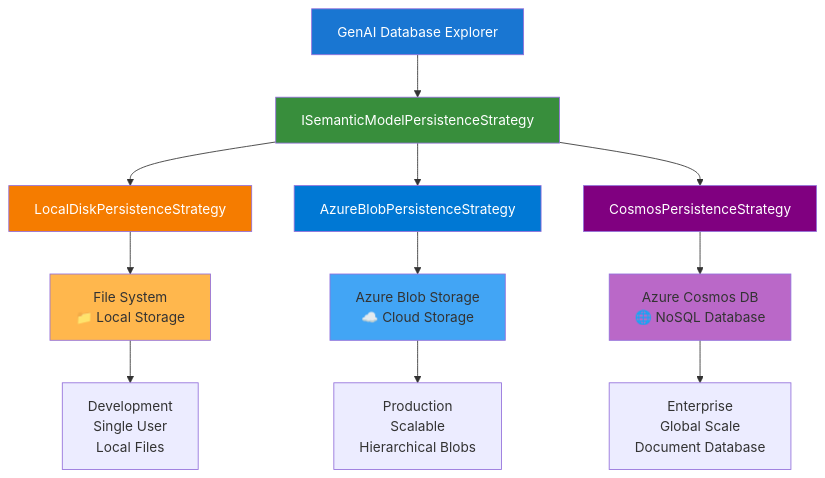
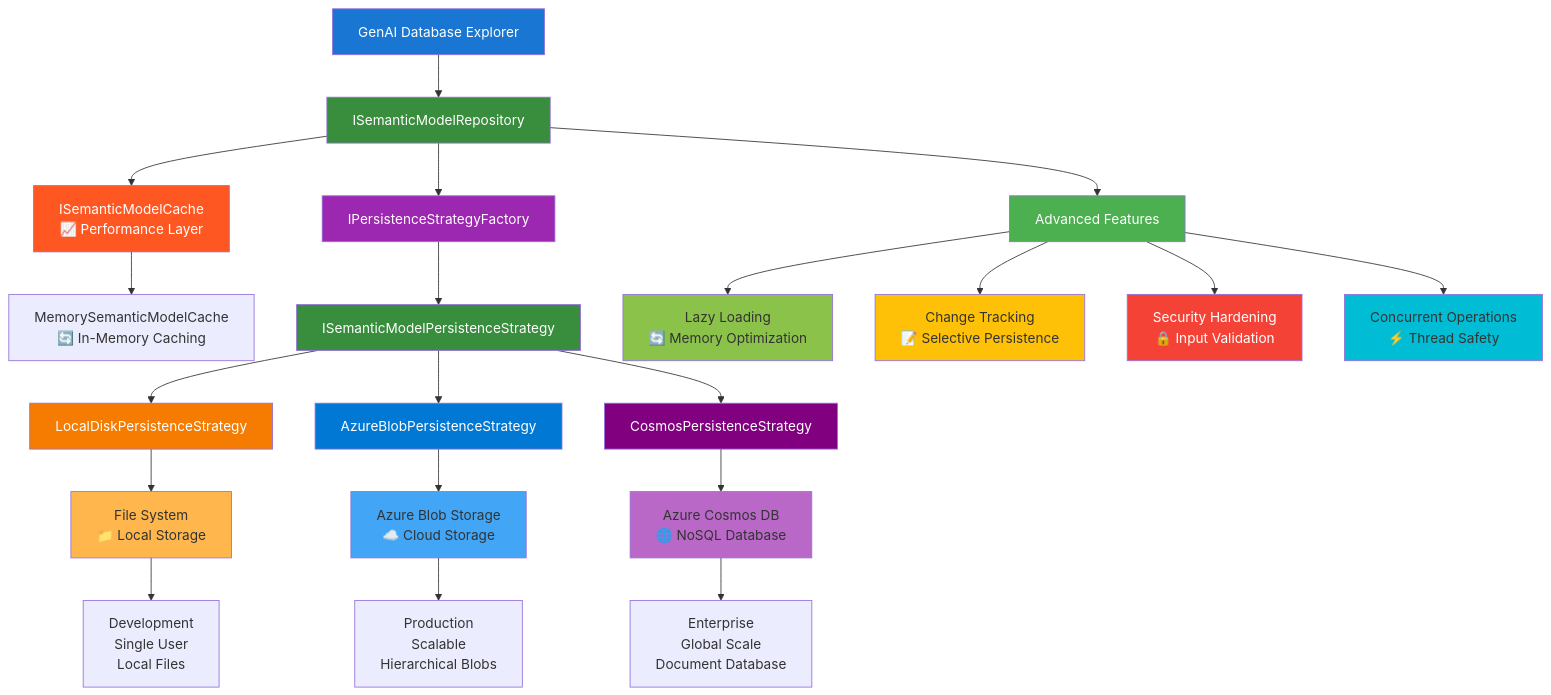
The first of 5 diagrams in docs/SEMANTIC_MODEL_STORAGE.md (PlagueHO/genai-database-explorer), drawn with Mermaid before and after one commit. The commit also changed other lines of this file, not shown here.

First line of the commit message:
CHANGE: Enhance semantic model storage documentation

````diff
--- a/docs/SEMANTIC_MODEL_STORAGE.md
+++ b/docs/SEMANTIC_MODEL_STORAGE.md
@@ -11,24 +11,44 @@
 ```mermaid
 graph TB
-    A[GenAI Database Explorer] --> B[ISemanticModelPersistenceStrategy]
-    B --> C[LocalDiskPersistenceStrategy]
-    B --> D[AzureBlobPersistenceStrategy]
-    B --> E[CosmosPersistenceStrategy]
+    A[GenAI Database Explorer] --> B[ISemanticModelRepository]
+    B --> C[ISemanticModelCache<br/>📈 Performance Layer]
+    B --> D[IPersistenceStrategyFactory]
     
-    C --> F[File System<br/>📁 Local Storage]
-    D --> G[Azure Blob Storage<br/>☁️ Cloud Storage]
-    E --> H[Azure Cosmos DB<br/>🌐 NoSQL Database]
+    C --> E[MemorySemanticModelCache<br/>🔄 In-Memory Caching]
     
-    F --> I[Development<br/>Single User<br/>Local Files]
-    G --> J[Production<br/>Scalable<br/>Hierarchical Blobs]
-    H --> K[Enterprise<br/>Global Scale<br/>Document Database]
+    D --> F[ISemanticModelPersistenceStrategy]
+    F --> G[LocalDiskPersistenceStrategy]
+    F --> H[AzureBlobPersistenceStrategy]
+    F --> I[CosmosPersistenceStrategy]
+    
+    G --> J[File System<br/>📁 Local Storage]
+    H --> K[Azure Blob Storage<br/>☁️ Cloud Storage]
+    I --> L[Azure Cosmos DB<br/>🌐 NoSQL Database]
+    
+    J --> M[Development<br/>Single User<br/>Local Files]
+    K --> N[Production<br/>Scalable<br/>Hierarchical Blobs]
+    L --> O[Enterprise<br/>Global Scale<br/>Document Database]
+    
+    B --> P[Advanced Features]
+    P --> Q[Lazy Loading<br/>🔄 Memory Optimization]
+    P --> R[Change Tracking<br/>📝 Selective Persistence]
+    P --> S[Security Hardening<br/>🔒 Input Validation]
+    P --> T[Concurrent Operations<br/>⚡ Thread Safety]
     
     style A fill:#1976d2,color:#fff
     style B fill:#388e3c,color:#fff
-    style C fill:#f57c00,color:#fff
-    style D fill:#0078d4,color:#fff
-    style E fill:#800080,color:#fff
-    style F fill:#ffb74d
-    style G fill:#42a5f5
-    style H fill:#ba68c8
+    style C fill:#ff5722,color:#fff
+    style D fill:#9c27b0,color:#fff
+    style F fill:#388e3c,color:#fff
+    style G fill:#f57c00,color:#fff
+    style H fill:#0078d4,color:#fff
+    style I fill:#800080,color:#fff
+    style J fill:#ffb74d
+    style K fill:#42a5f5
+    style L fill:#ba68c8
+    style P fill:#4caf50,color:#fff
+    style Q fill:#8bc34a
+    style R fill:#ffc107
+    style S fill:#f44336,color:#fff
+    style T fill:#00bcd4
 ```
````
